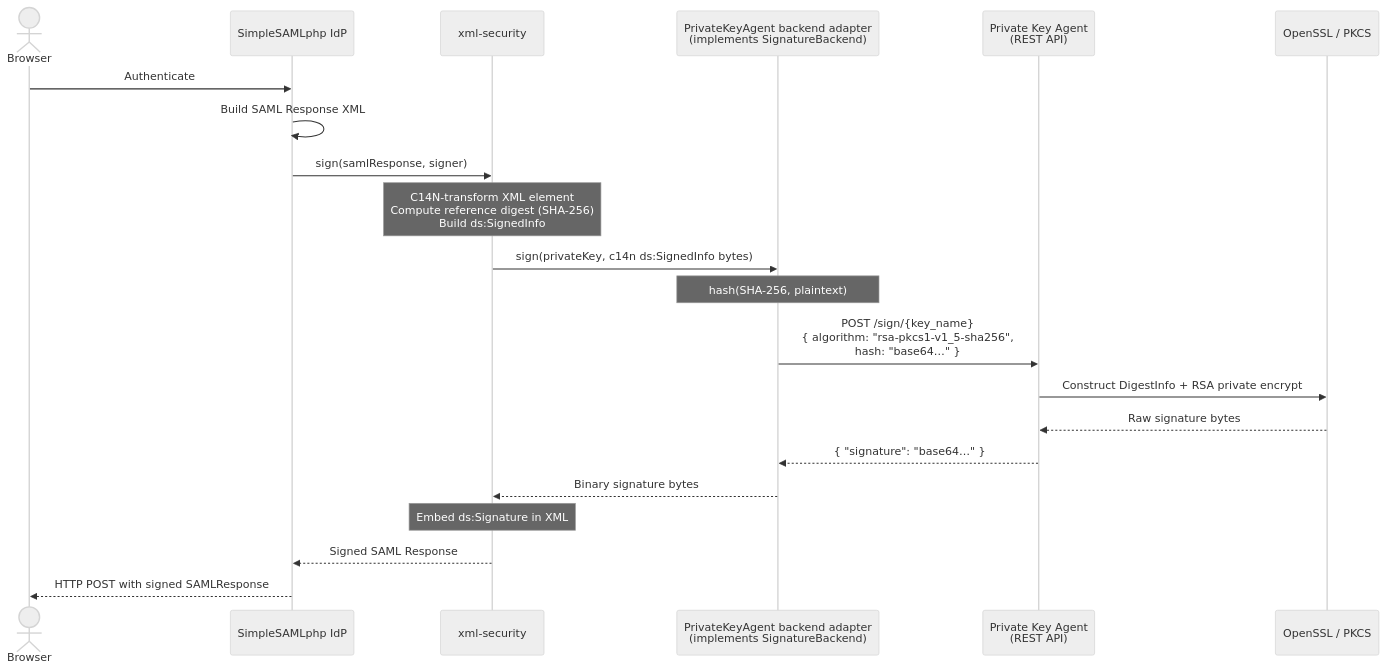
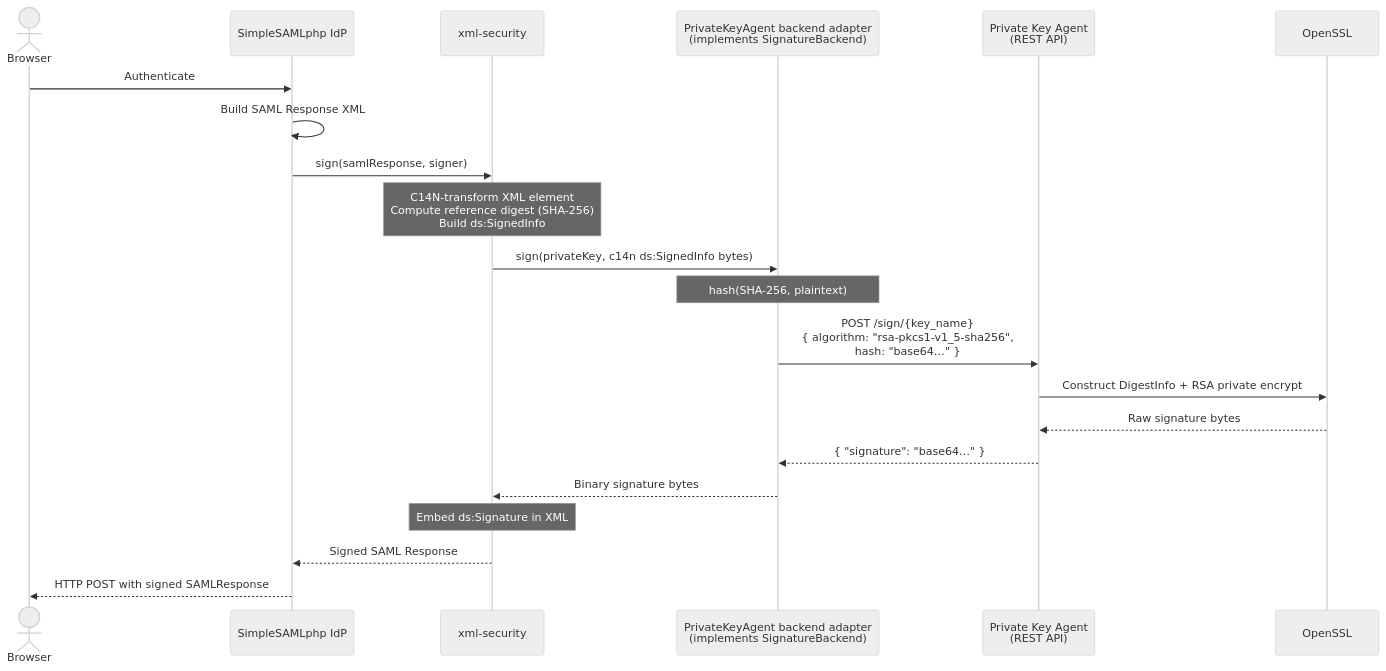
The first of 3 diagrams in docs/DESIGN-SPECIFICATION.md (OpenConext/OpenConext-private-key-agent), drawn with Mermaid (neutral theme) before and after one commit. The commit also changed other lines of this file and 117 other files, not shown here.

First line of the commit message:
Soft version supporting only OpenSSL / Apache mod php (#3)

````diff
--- a/docs/DESIGN-SPECIFICATION.md
+++ b/docs/DESIGN-SPECIFICATION.md
@@ -54,25 +54,25 @@
 ```mermaid
 sequenceDiagram
     actor Browser
     participant IdP as SimpleSAMLphp IdP
     participant XMLSec as xml-security
     participant Adapter as PrivateKeyAgent backend adapter<br/>(implements SignatureBackend)
     participant Agent as Private Key Agent<br/>(REST API)
-    participant Backend as OpenSSL / PKCS#11 HSM
+    participant Backend as OpenSSL
 
     Browser->>IdP: Authenticate
     IdP->>IdP: Build SAML Response XML
     IdP->>XMLSec: sign(samlResponse, signer)
 
     Note over XMLSec: C14N-transform XML element<br/>Compute reference digest (SHA-256)<br/>Build ds:SignedInfo
     XMLSec->>Adapter: sign(privateKey, c14n ds:SignedInfo bytes)
     Note over Adapter: hash(SHA-256, plaintext)
     Adapter->>Agent: POST /sign/{key_name}<br/>{ algorithm: "rsa-pkcs1-v1_5-sha256",<br/>  hash: "base64…" }
     Agent->>Backend: Construct DigestInfo + RSA private encrypt
     Backend-->>Agent: Raw signature bytes
     Agent-->>Adapter: { "signature": "base64…" }
     Adapter-->>XMLSec: Binary signature bytes
     Note over XMLSec: Embed ds:Signature in XML
     XMLSec-->>IdP: Signed SAML Response
     IdP-->>Browser: HTTP POST with signed SAMLResponse
 ```
````
